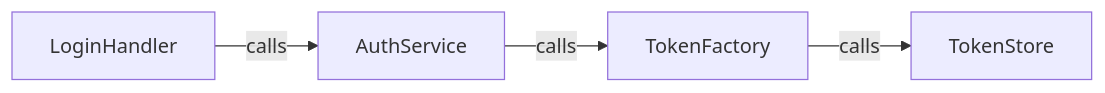
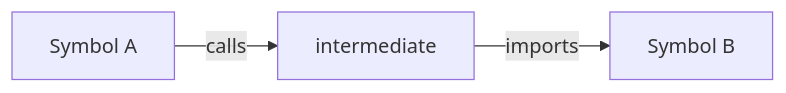
Before and after one commit to Kolimar/leina: the third of 5 diagrams in docs/concepts/03-busqueda-y-consultas.md, drawn with Mermaid. The commit also changed other lines of this file and 27 other files, not shown here.

````diff
--- a/docs/concepts/03-busqueda-y-consultas.md
+++ b/docs/concepts/03-busqueda-y-consultas.md
@@ -84,6 +85,5 @@
 ```mermaid
 flowchart LR
-    a["LoginHandler"] -->|calls| b["AuthService"]
-    b -->|calls| c["TokenFactory"]
-    c -->|calls| d["TokenStore"]
+    a["Symbol A"] -->|calls| b["intermediate"]
+    b -->|imports| c["Symbol B"]
 ```
````
